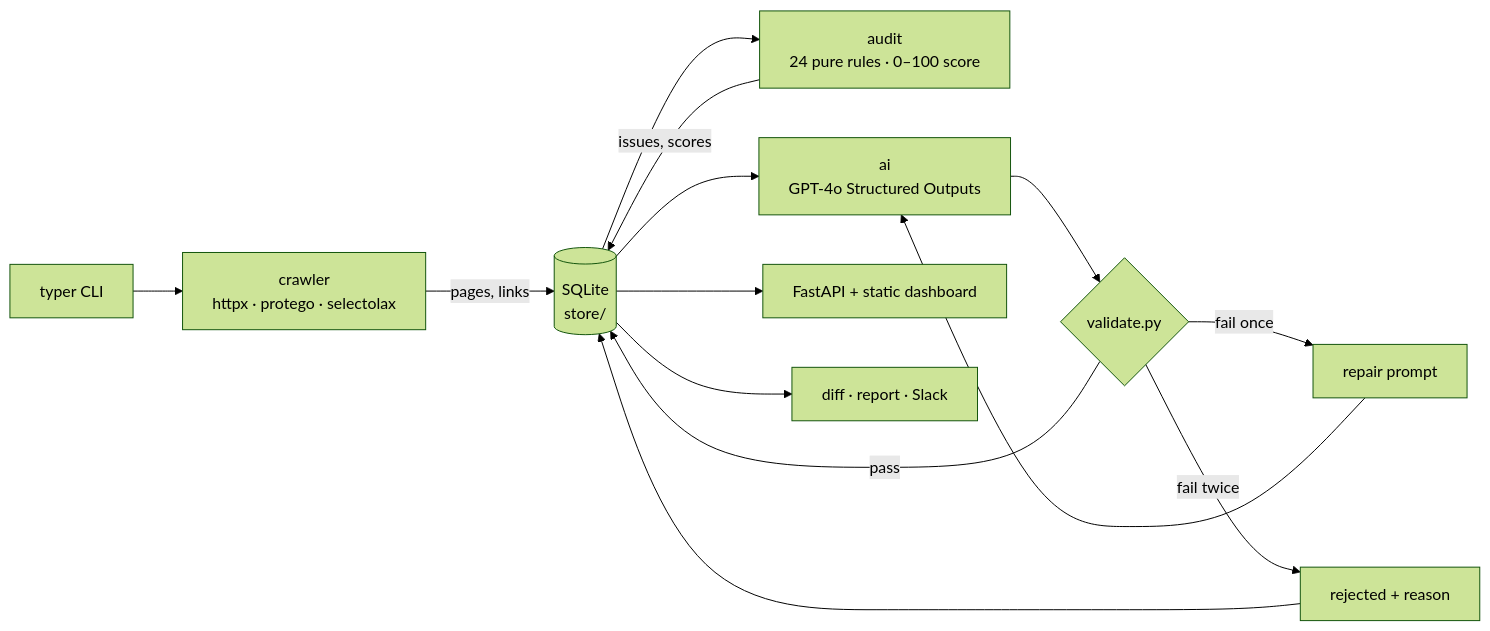
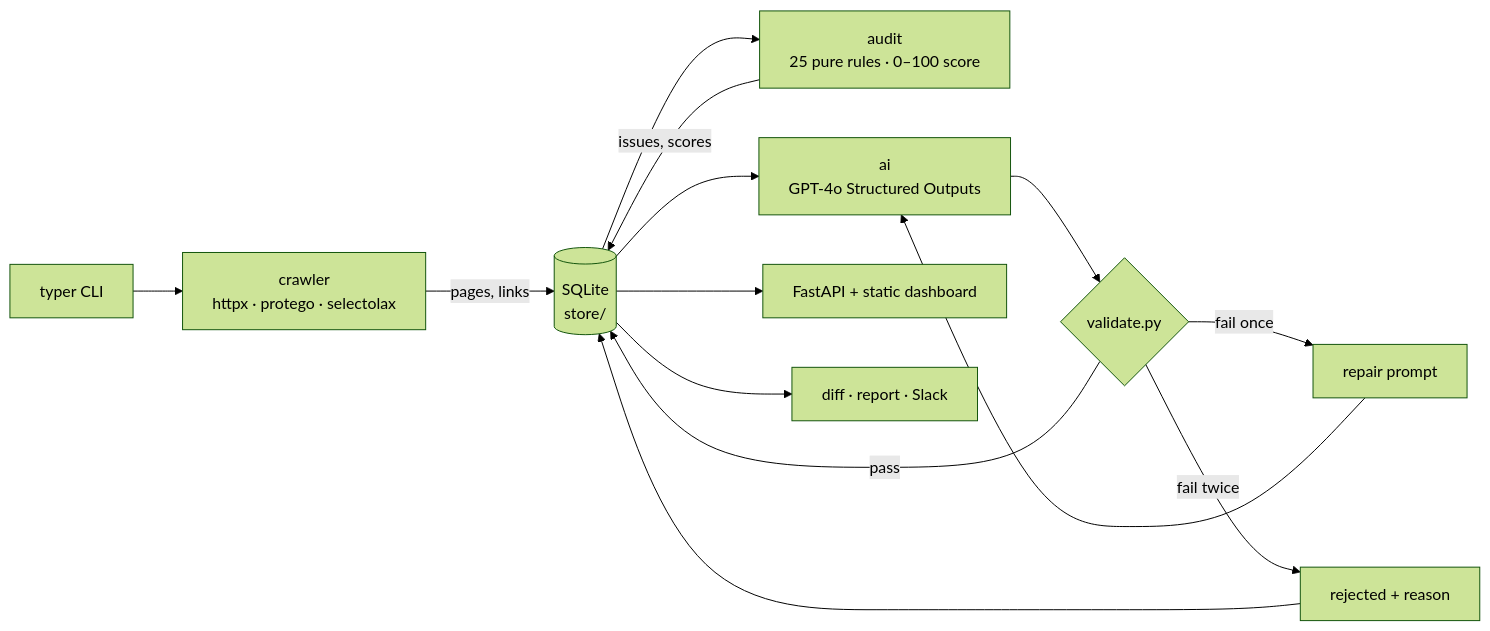
Before and after one commit to Yataghanac/seo-scout: the diagram in README.md, drawn with Mermaid (forest theme). The commit also changed other lines of this file and 2 other files, not shown here.

Commit message:
docs: correct the rule count, and pin the README numbers that describe code
Read the README end to end and checked each factual claim against the code. Most held: the
hard caps, rate limit, user agent, backoff, the robots reading of 4xx vs 5xx, score
weights, validator thresholds, the 4,000-character prompt slice and 2,000-character cache
slice, the coverage figure, and CI running exactly the four commands listed.

Two did not. The architecture diagram said "24 pure rules" against 25 registered, and the
Phase 2 entry in DECISIONS.md repeated it; git log -S shows all 25 landed in that same
commit, so it was a miscount from the day it was written, not drift. The suite has also
grown past the "~8 s" quoted - it is 375 tests in about 9.

tests/test_readme.py now pins the rule count, the documented caps, the rate limit and the
user agent to what the code actually carries, following the test that keeps .env.example
identical to the packaged template. It deliberately does not pin measured figures - cost
tables, sample runs, timings - which are dated observations, not statements about the code.

````diff
--- a/README.md
+++ b/README.md
@@ -55,14 +55,14 @@
 ```mermaid
 flowchart LR
     CLI[typer CLI] --> C[crawler<br/>httpx · protego · selectolax]
     C -->|pages, links| S[(SQLite<br/>store/)]
-    S --> A[audit<br/>24 pure rules · 0–100 score]
+    S --> A[audit<br/>25 pure rules · 0–100 score]
     A -->|issues, scores| S
     S --> AI[ai<br/>GPT-4o Structured Outputs]
     AI --> V{validate.py}
     V -->|pass| S
     V -->|fail once| R[repair prompt] --> AI
     V -->|fail twice| X[rejected + reason] --> S
     S --> API[FastAPI + static dashboard]
     S --> D[diff · report · Slack]
 ```
````
